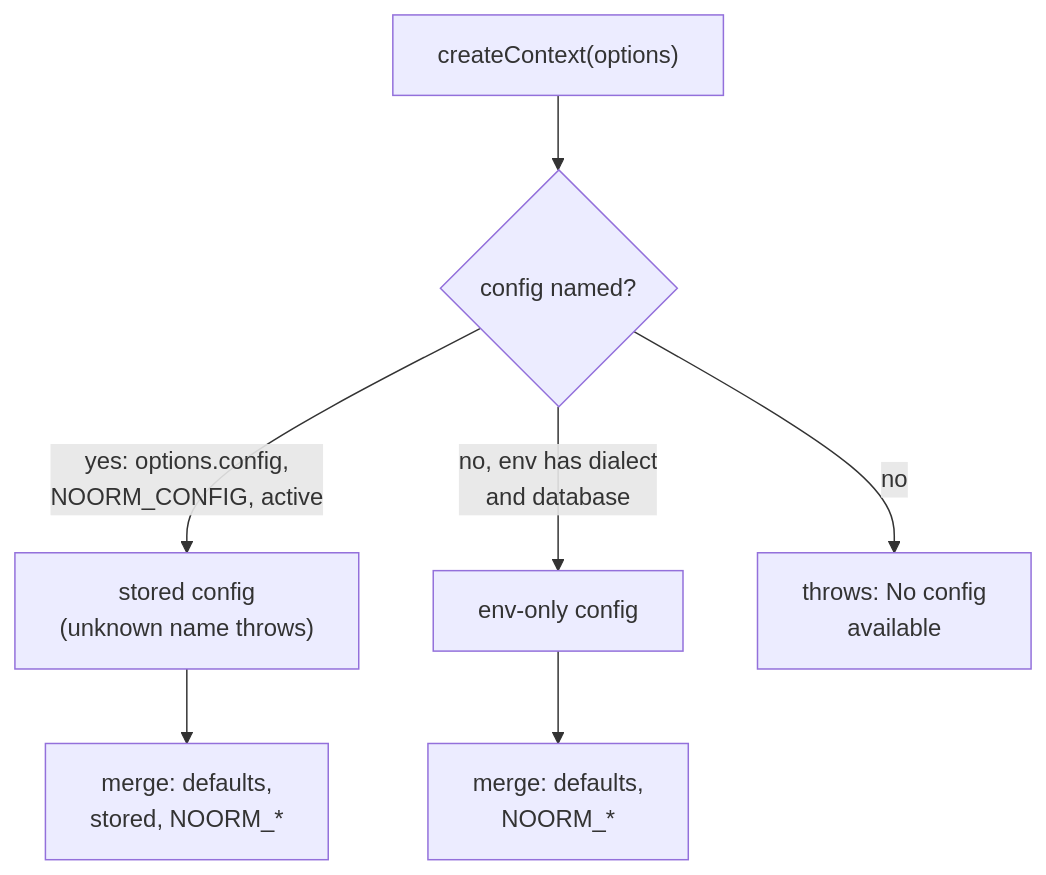
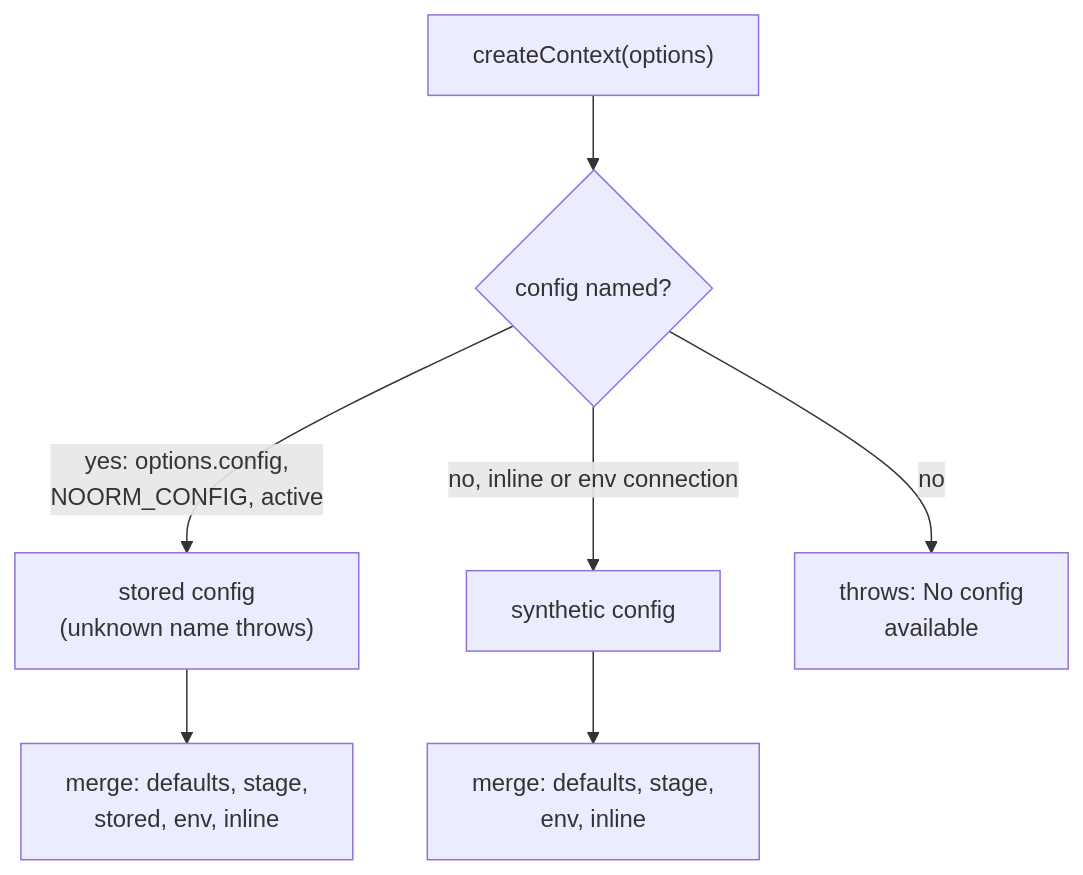
One commit to noormdev/noorm changed the second of 4 diagrams in docs/reference/sdk.md. Above: the diagram before and after it, drawn with Mermaid. The commit also changed other lines of this file and 5 other files, not shown here.

````diff
--- a/docs/reference/sdk.md
+++ b/docs/reference/sdk.md
@@ -104,9 +105,9 @@
 ```mermaid
 flowchart TD
     A["createContext(options)"] --> B{"config named?"}
     B -->|"yes: options.config,<br/>NOORM_CONFIG, active"| C["stored config<br/>(unknown name throws)"]
-    B -->|"no, env has dialect<br/>and database"| D["env-only config"]
+    B -->|"no, inline or env connection"| D["synthetic config"]
     B -->|"no"| E["throws: No config<br/>available"]
-    C --> F["merge: defaults,<br/>stored, NOORM_*"]
-    D --> G["merge: defaults,<br/>NOORM_*"]
+    C --> F["merge: defaults, stage,<br/>stored, env, inline"]
+    D --> G["merge: defaults, stage,<br/>env, inline"]
 ```
````
